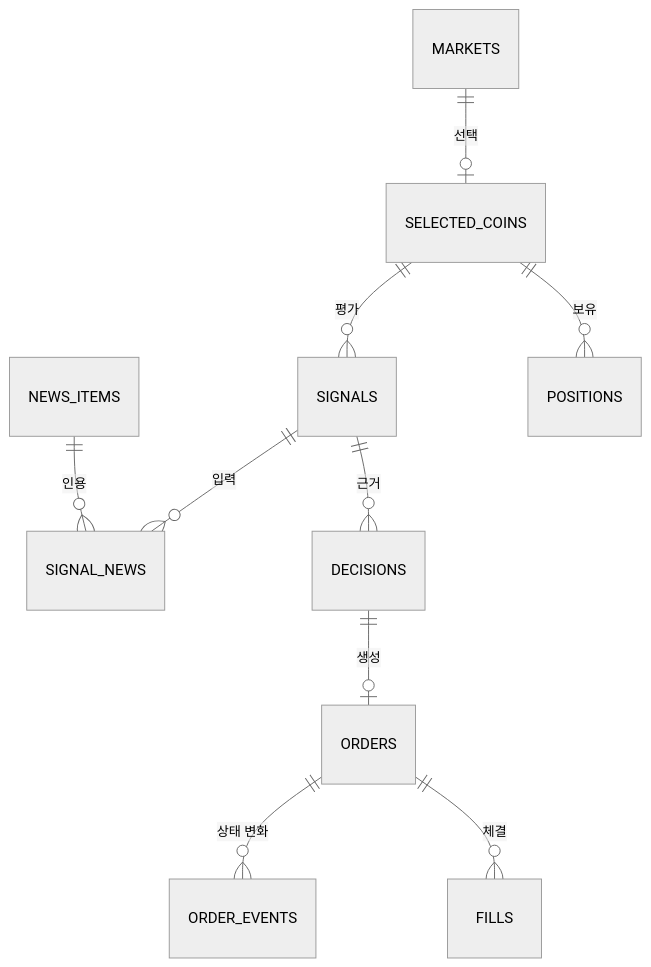
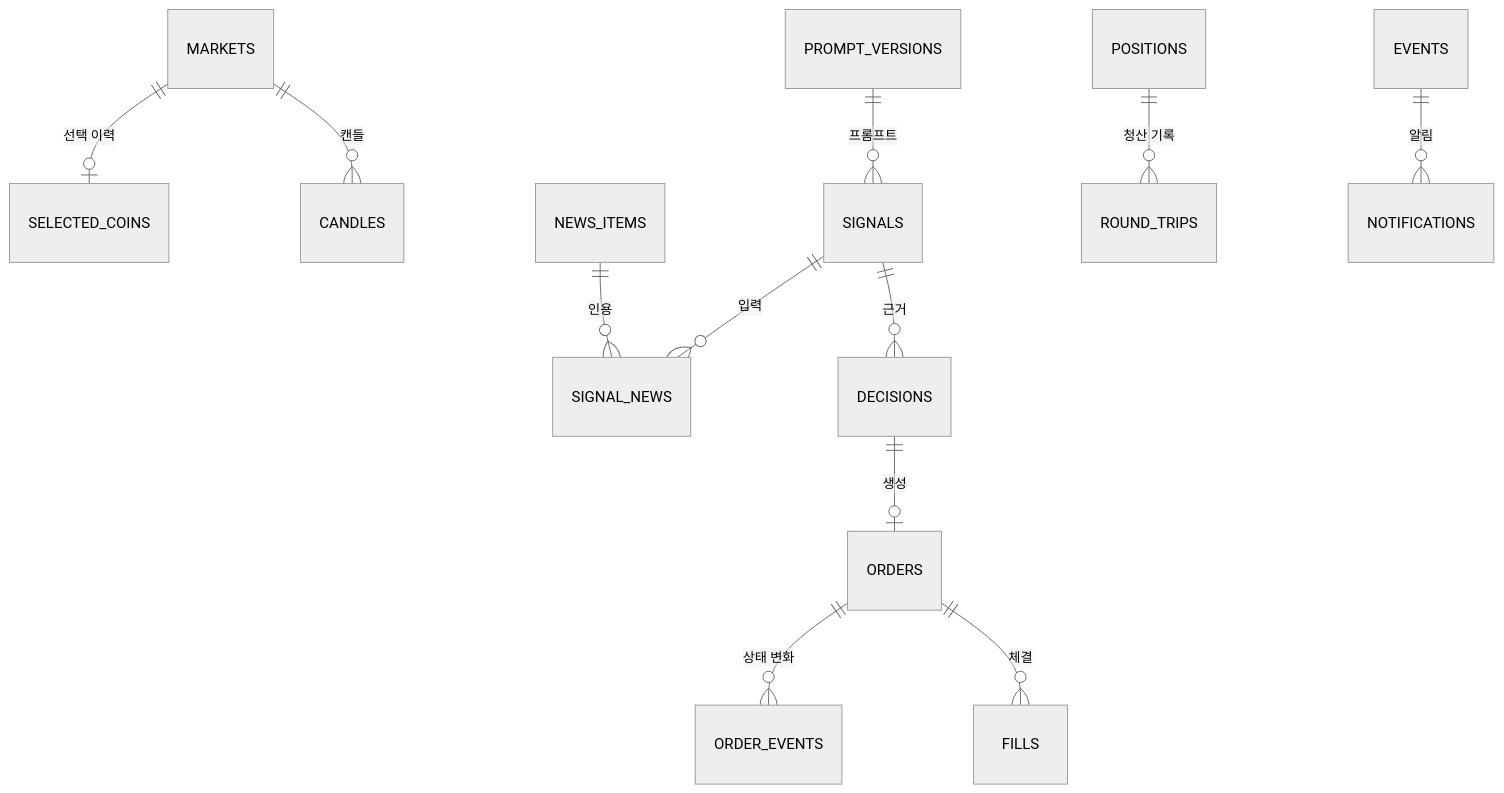
The diagram in docs/04-data/data-model.md (khy920723/upbit-autotrader), drawn with Mermaid (neutral theme) before and after one commit. The commit also changed other lines of this file and 26 other files, not shown here.

````diff
--- a/docs/04-data/data-model.md
+++ b/docs/04-data/data-model.md
@@ -9,12 +51,14 @@
 ```mermaid
 erDiagram
-    MARKETS ||--o| SELECTED_COINS : "선택"
-    SELECTED_COINS ||--o{ SIGNALS : "평가"
+    MARKETS ||--o| SELECTED_COINS : "선택 이력"
+    MARKETS ||--o{ CANDLES : "캔들"
+    PROMPT_VERSIONS ||--o{ SIGNALS : "프롬프트"
     SIGNALS ||--o{ SIGNAL_NEWS : "입력"
     NEWS_ITEMS ||--o{ SIGNAL_NEWS : "인용"
     SIGNALS ||--o{ DECISIONS : "근거"
     DECISIONS ||--o| ORDERS : "생성"
     ORDERS ||--o{ ORDER_EVENTS : "상태 변화"
     ORDERS ||--o{ FILLS : "체결"
-    SELECTED_COINS ||--o{ POSITIONS : "보유"
+    POSITIONS ||--o{ ROUND_TRIPS : "청산 기록"
+    EVENTS ||--o{ NOTIFICATIONS : "알림"
 ```
````
